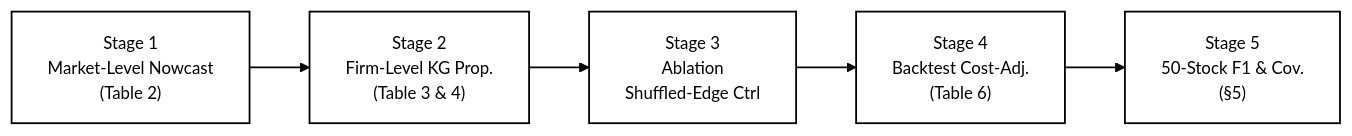
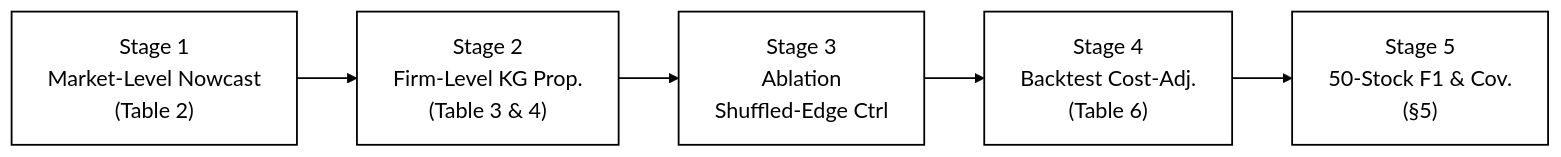
One commit to tunglich/TWSE-KG changed the diagram in README.md. Above: the diagram before and after it, drawn with Mermaid.

Commit message:
docs: enlarge pipeline diagram — 18px font, wider node padding, more spacing

````diff
--- a/README.md
+++ b/README.md
@@ -18,17 +18,17 @@
 ```mermaid
-%%{init: {"theme": "base", "themeVariables": {"primaryColor": "#ffffff", "primaryTextColor": "#000000", "primaryBorderColor": "#000000", "lineColor": "#000000", "fontSize": "14px"}}}%%
+%%{init: {"theme": "base", "themeVariables": {"primaryColor": "#ffffff", "primaryTextColor": "#000000", "primaryBorderColor": "#000000", "lineColor": "#000000", "fontSize": "18px", "nodePadding": 16, "nodeSpacing": 60}}}%%
 flowchart LR
-    S1["Stage 1\nMarket-Level Nowcast\n(Table 2)"] -->
-    S2["Stage 2\nFirm-Level KG Prop.\n(Table 3 & 4)"] -->
-    S3["Stage 3\nAblation\nShuffled-Edge Ctrl"] -->
-    S4["Stage 4\nBacktest Cost-Adj.\n(Table 6)"] -->
-    S5["Stage 5\n50-Stock F1 & Cov.\n(§5)"]
+    S1["  Stage 1  \n  Market-Level Nowcast  \n  (Table 2)  "] -->
+    S2["  Stage 2  \n  Firm-Level KG Prop.  \n  (Table 3 & 4)  "] -->
+    S3["  Stage 3  \n  Ablation  \n  Shuffled-Edge Ctrl  "] -->
+    S4["  Stage 4  \n  Backtest Cost-Adj.  \n  (Table 6)  "] -->
+    S5["  Stage 5  \n  50-Stock F1 & Cov.  \n  (§5)  "]
 
     style S1 fill:#ffffff,stroke:#000000,stroke-width:1.5px,color:#000000
     style S2 fill:#ffffff,stroke:#000000,stroke-width:1.5px,color:#000000
     style S3 fill:#ffffff,stroke:#000000,stroke-width:1.5px,color:#000000
     style S4 fill:#ffffff,stroke:#000000,stroke-width:1.5px,color:#000000
     style S5 fill:#ffffff,stroke:#000000,stroke-width:1.5px,color:#000000
 
     linkStyle default stroke:#000000,stroke-width:1.5px
 ```
````
